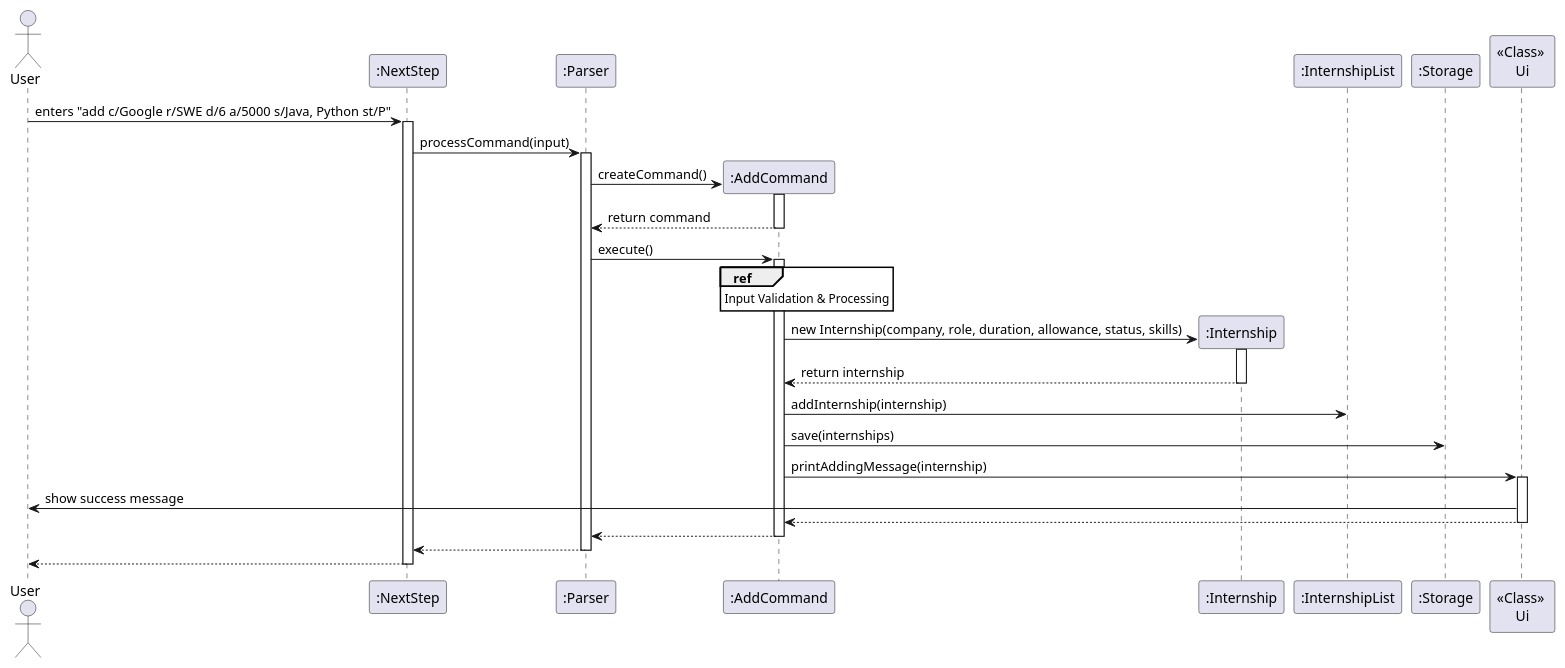
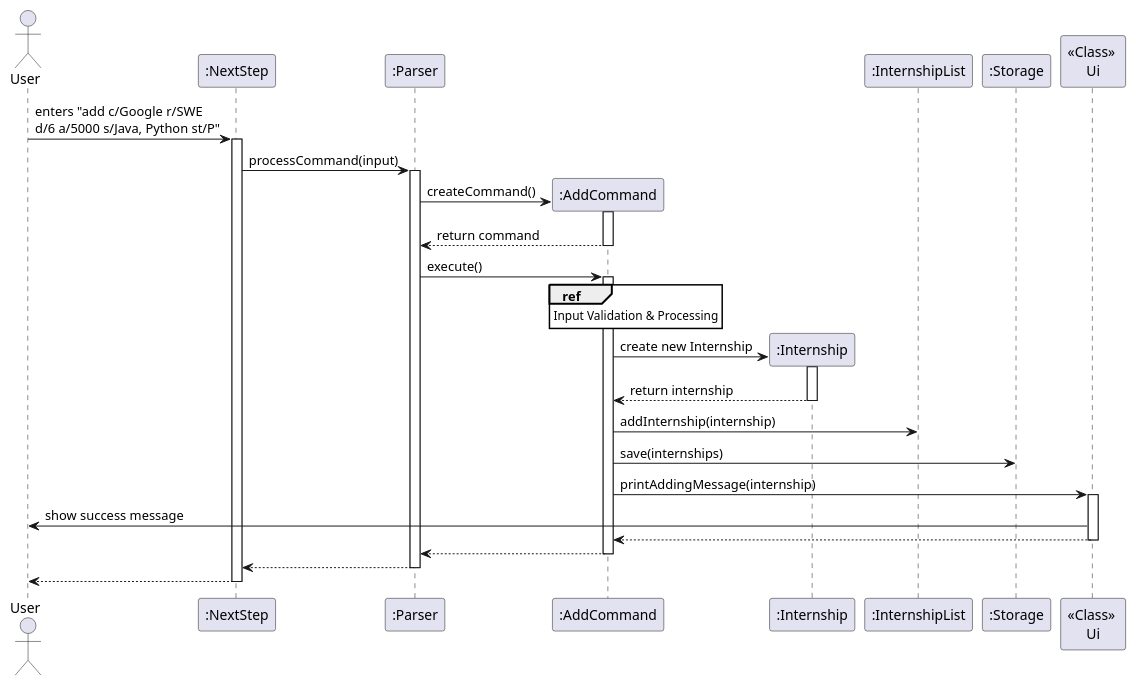
One commit to xyanjun02/tp changed the diagram in docs/diagrams/addCommandSequence.puml. Above: the diagram before and after it, drawn with PlantUML. The commit also changed 1 other file, not shown here.

Commit message:
made add diagram bigger

```diff
--- a/docs/diagrams/addCommandSequence.puml
+++ b/docs/diagrams/addCommandSequence.puml
@@ -1,55 +1,55 @@
 @startuml
 actor User
 participant ":NextStep" as NextStep
 participant ":Parser" as Parser
 participant ":AddCommand" as AddCommand
 participant ":Internship" as Internship
 participant ":InternshipList" as InternshipList
 participant ":Storage" as Storage
 participant "<<Class>> \nUi" as Ui
 skinparam sequenceReferenceBackgroundColor white
 
-User -> NextStep : enters "add c/Google r/SWE d/6 a/5000 s/Java, Python st/P"
+User -> NextStep : enters "add c/Google r/SWE \nd/6 a/5000 s/Java, Python st/P"
 activate NextStep
 
 NextStep -> Parser : processCommand(input)
 activate Parser
 
 create AddCommand
 Parser -> AddCommand : createCommand()
 activate AddCommand
 AddCommand --> Parser : return command
 deactivate AddCommand
 
 Parser -> AddCommand : execute()
 activate AddCommand
 
 ref over AddCommand
   Input Validation & Processing
 end ref
 
 create Internship
-AddCommand -> Internship : new Internship(company, role, duration, allowance, status, skills)
+AddCommand -> Internship : create new Internship
 activate Internship
 Internship --> AddCommand : return internship
 deactivate Internship
 
 AddCommand -> InternshipList : addInternship(internship)
 
 AddCommand -> Storage : save(internships)
 
 AddCommand -> Ui : printAddingMessage(internship)
 activate Ui
 Ui -> User : show success message
 Ui --> AddCommand
 deactivate Ui
 
 AddCommand --> Parser
 deactivate AddCommand
 
 Parser --> NextStep
 deactivate Parser
 
 NextStep --> User
 deactivate NextStep
 @enduml
```
